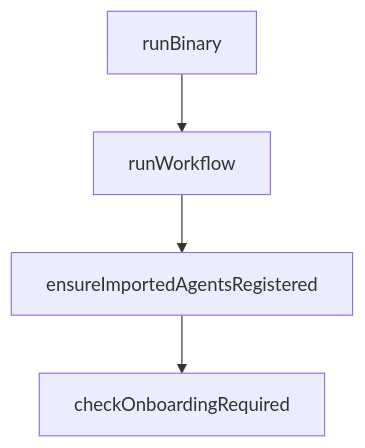
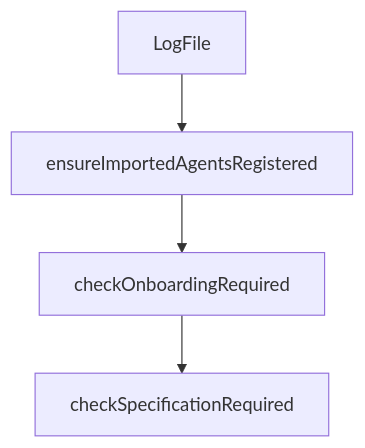
One commit to johnxie/awesome-code-docs changed the diagram in tutorials/codemachine-cli-tutorial/05-context-engineering-and-state-control.md. Above: the diagram before and after it, drawn with Mermaid. The commit also changed other lines of this file and 1232 other files, not shown here.

````diff
--- a/tutorials/codemachine-cli-tutorial/05-context-engineering-and-state-control.md
+++ b/tutorials/codemachine-cli-tutorial/05-context-engineering-and-state-control.md
@@ -201,10 +199,10 @@
 ```mermaid
 flowchart TD
-    A[runBinary]
-    B[runWorkflow]
-    C[ensureImportedAgentsRegistered]
-    D[checkOnboardingRequired]
+    A[LogFile]
+    B[ensureImportedAgentsRegistered]
+    C[checkOnboardingRequired]
+    D[checkSpecificationRequired]
     A --> B
     B --> C
     C --> D
 ```
````
